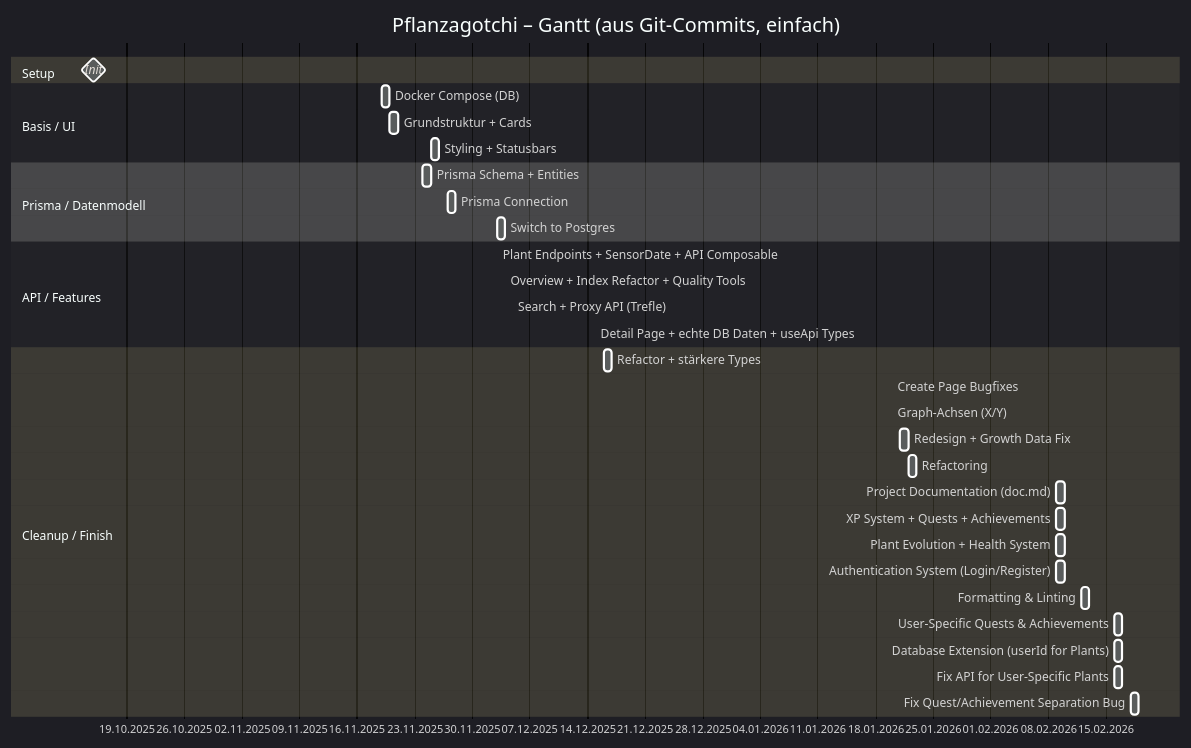
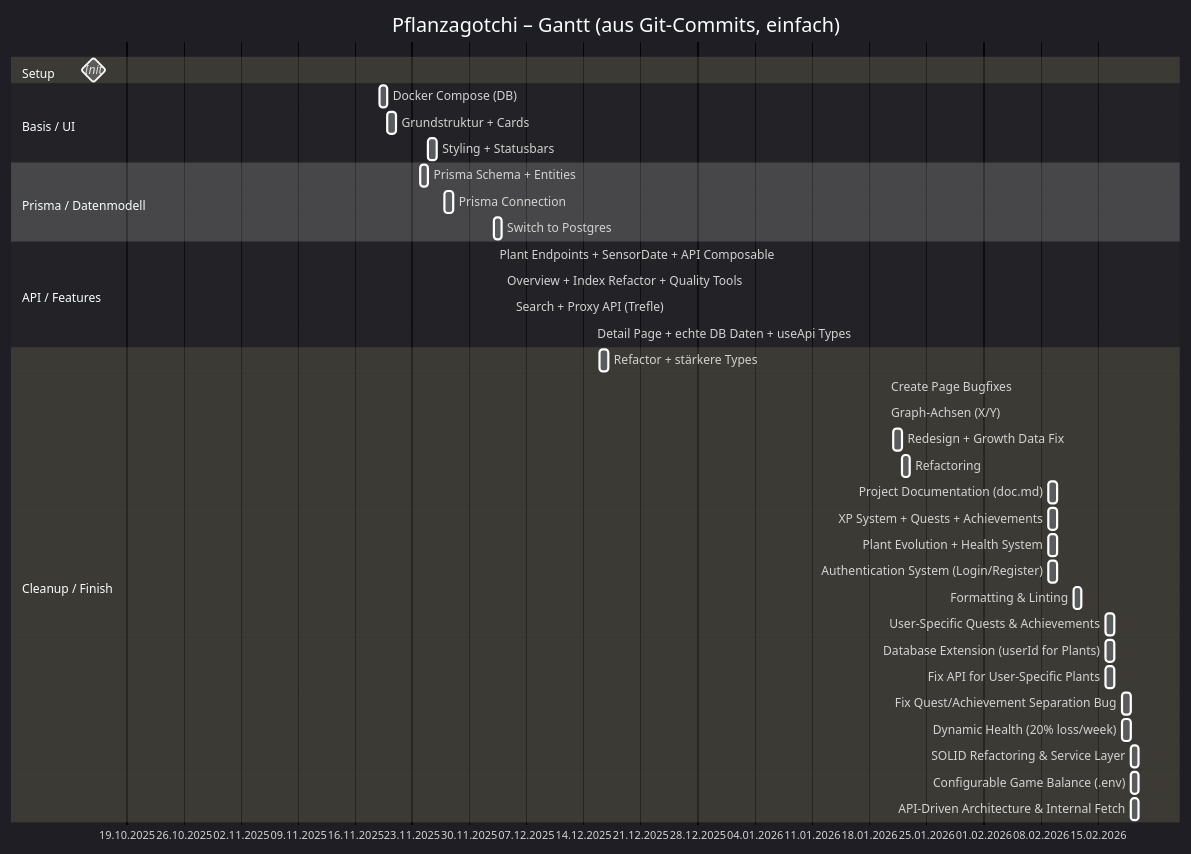
One commit to dominik-kretschmer/Pflanzagotchi changed the diagram in gant.mmd. Above: the diagram before and after it, drawn with Mermaid. The commit also changed 1 other file, not shown here.

```diff
--- a/gant.mmd
+++ b/gant.mmd
@@ -1,41 +1,45 @@
 %%{init: {'theme':'dark', 'themeVariables': { 'fontSize':'16px', 'textColor':'#ffffff', 'primaryTextColor':'#ffffff', 'secondaryTextColor':'#ffffff', 'fontFamily':'arial'}}}%%
 gantt
     title Pflanzagotchi – Gantt (aus Git-Commits, einfach)
     dateFormat  YYYY-MM-DD
     axisFormat  %d.%m.%Y
     todayMarker off
 
     section Setup
         Init :milestone, m1, 2025-10-15, 0d
 
     section Basis / UI
         Docker Compose (DB) :a1, 2025-11-19, 1d
         Grundstruktur + Cards :a2, 2025-11-20, 1d
         Styling + Statusbars :a3, 2025-11-25, 1d
 
     section Prisma / Datenmodell
         Prisma Schema + Entities :a4, 2025-11-24, 1d
         Prisma Connection :a5, 2025-11-27, 1d
         Switch to Postgres :a6, 2025-12-03, 1d
 
     section API / Features
         Plant Endpoints + SensorDate + API Composable :a7, 2025-12-03, 2025-12-03
         Overview + Index Refactor + Quality Tools :a8, 2025-12-04, 2025-12-04
         Search + Proxy API (Trefle) :a9, 2025-12-05, 2025-12-05
         Detail Page + echte DB Daten + useApi Types :a10, 2025-12-15, 2025-12-15
 
     section Cleanup / Finish
         Refactor + stärkere Types :a11, 2025-12-16, 2025-12-17
         Create Page Bugfixes :a12, 2026-01-20, 2026-01-20
         Graph-Achsen (X/Y) :a13, 2026-01-20, 2026-01-20
         Redesign + Growth Data Fix :a14, 2026-01-21, 1d
         Refactoring :a15, 2026-01-22, 1d
         Project Documentation (doc.md) :a16, 2026-02-09, 1d
         XP System + Quests + Achievements :a17, 2026-02-09, 2026-02-10
         Plant Evolution + Health System :a18, 2026-02-09, 1d
         Authentication System (Login/Register) :a19, 2026-02-09, 1d
         Formatting & Linting :a20, 2026-02-12, 1d
         User-Specific Quests & Achievements :a21, 2026-02-16, 1d
         Database Extension (userId for Plants) :a22, 2026-02-16, 1d
         Fix API for User-Specific Plants :a23, 2026-02-16, 1d
         Fix Quest/Achievement Separation Bug :a24, 2026-02-18, 1d
+        Dynamic Health (20% loss/week) :a25, 2026-02-18, 1d
+        SOLID Refactoring & Service Layer :a26, 2026-02-19, 1d
+        Configurable Game Balance (.env) :a27, 2026-02-19, 1d
+        API-Driven Architecture & Internal Fetch :a28, 2026-02-19, 1d
```
